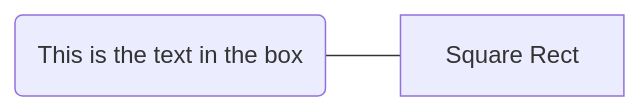
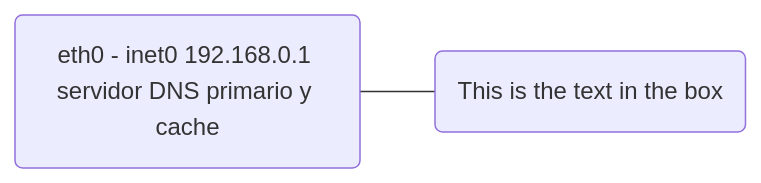
Before and after one commit to jenmiu2/Ampliacion-de-Sistemas-Operativos-y-Redes: the diagram in REDES/P1.3.md, drawn with Mermaid. The commit also changed other lines of this file, not shown here.

Commit message:
REDES/P1.3.md updated from https://stackedit.io/

````diff
--- a/REDES/P1.3.md
+++ b/REDES/P1.3.md
@@ -38,5 +38,6 @@
 ```mermaid
 graph LR
-VM1 --- VM2[Square Rect]
-VM1(This is the text in the box)
+VM1 --- VM2
+VM1(eth0 - inet0 192.168.0.1 servidor DNS primario y cache)
+VM2(This is the text in the box)
 ```
````
